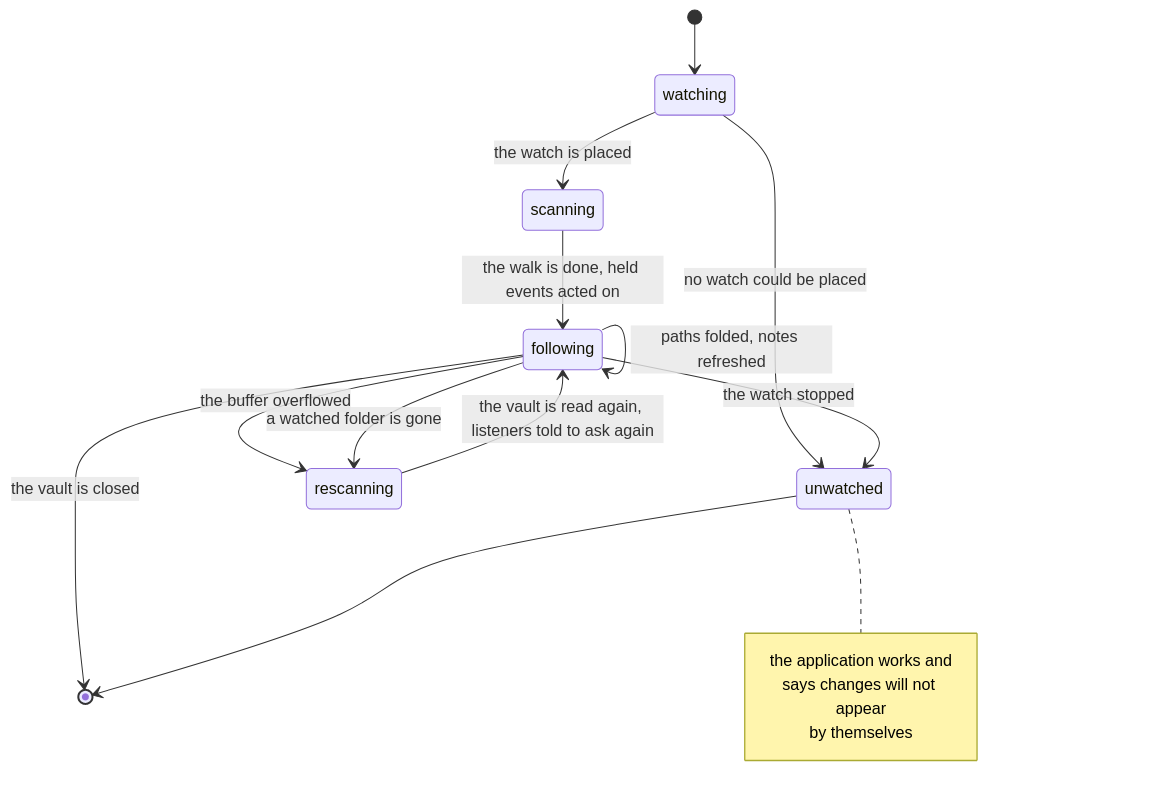
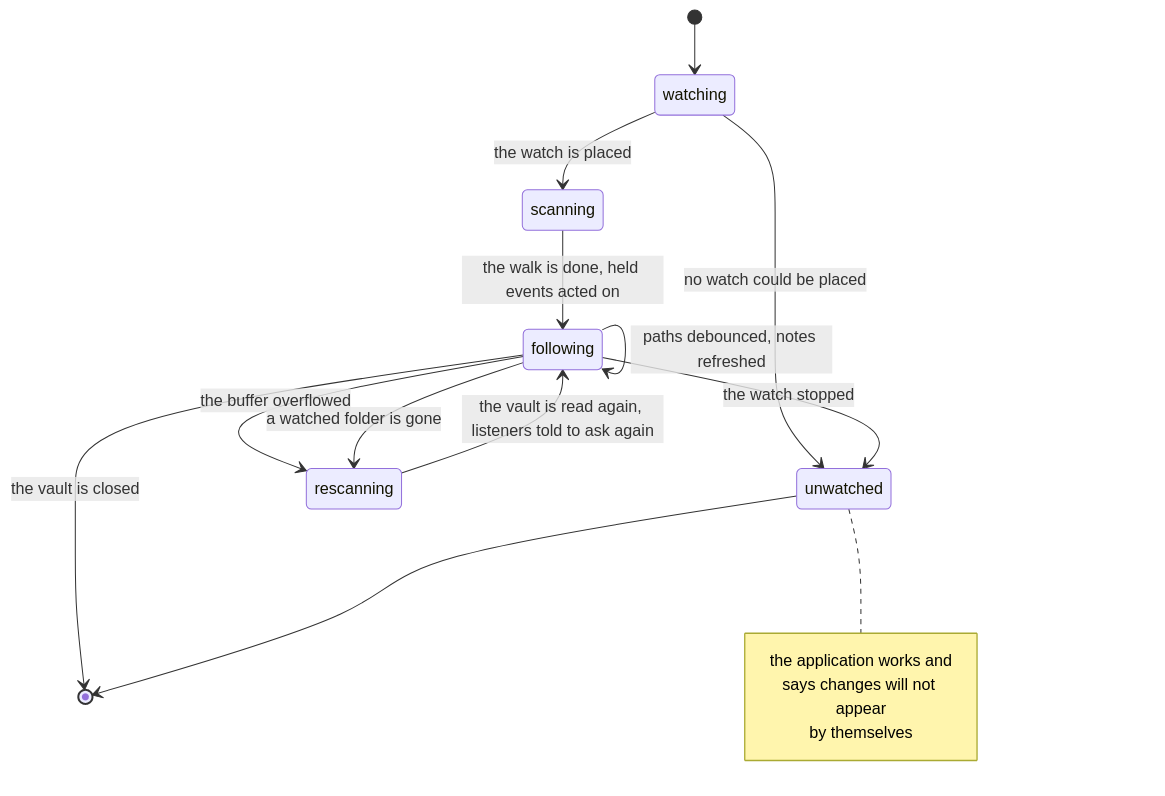
Before and after one commit to jiva-studio/numen: the diagram in docs/adr/0009-the-vault-is-watched.md, drawn with Mermaid. The commit also changed other lines of this file and 5 other files, not shown here.

````diff
--- a/docs/adr/0009-the-vault-is-watched.md
+++ b/docs/adr/0009-the-vault-is-watched.md
@@ -48,20 +48,20 @@
 ```mermaid
 stateDiagram-v2
     [*] --> watching
     watching --> scanning: the watch is placed
     watching --> unwatched: no watch could be placed
     scanning --> following: the walk is done, held events acted on
-    following --> following: paths folded, notes refreshed
+    following --> following: paths debounced, notes refreshed
     following --> rescanning: the buffer overflowed
     following --> rescanning: a watched folder is gone
     rescanning --> following: the vault is read again, listeners told to ask again
     following --> unwatched: the watch stopped
     following --> [*]: the vault is closed
     unwatched --> [*]
 
     note right of unwatched
         the application works and
         says changes will not appear
         by themselves
     end note
 ```
````
